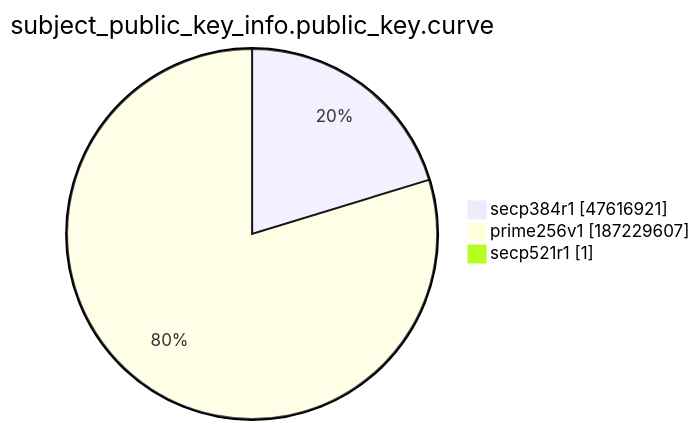
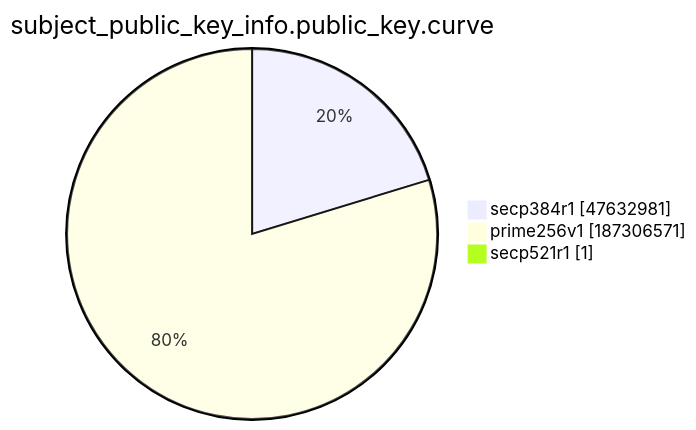
The ninth of 15 diagrams in xenon2022/README.md (christiankrug/ctmonitor_visualization), drawn with Mermaid before and after one commit. The commit also changed other lines of this file, not shown here.

````diff
--- a/xenon2022/README.md
+++ b/xenon2022/README.md
@@ -2874,7 +2874,7 @@
 ```mermaid
 pie showData
 title subject_public_key_info.public_key.curve
-"secp384r1" :47616921
-"prime256v1" :187229607
+"secp384r1" :47632981
+"prime256v1" :187306571
 "secp521r1" :1
 ```
````
